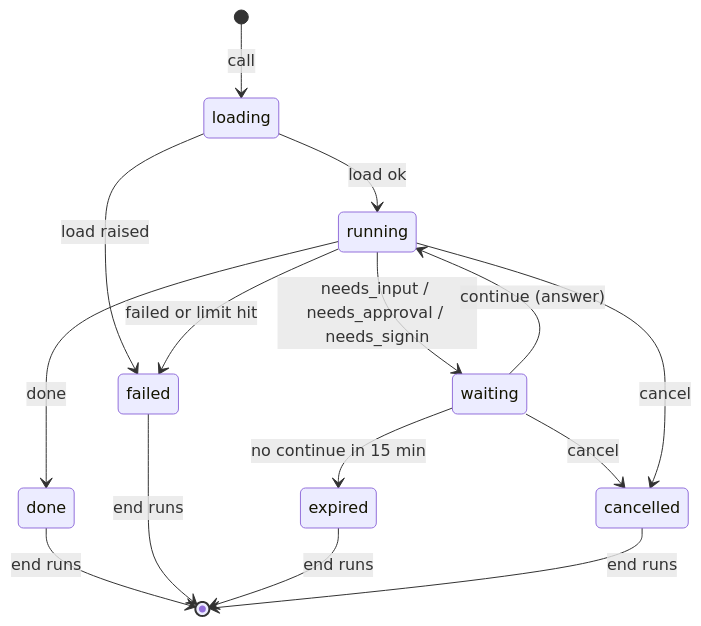
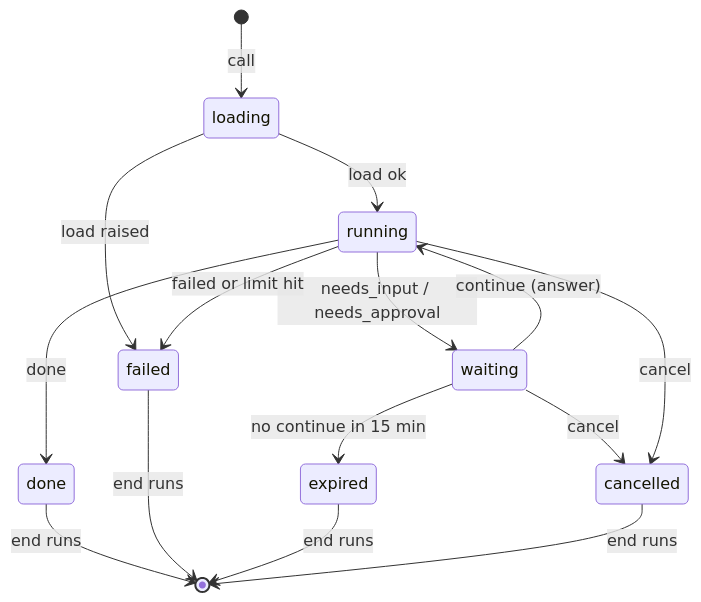
One commit to glyphh-ai/rrotor changed diagram 13 of 13 in docs/architecture.md. Above: the diagram before and after it, drawn with Mermaid. The commit also changed other lines of this file and 37 other files, not shown here.

````diff
--- a/docs/architecture.md
+++ b/docs/architecture.md
@@ -628,17 +606,17 @@
 ```mermaid
 stateDiagram-v2
     [*] --> loading: call
     loading --> running: load ok
     loading --> failed: load raised
-    running --> waiting: needs_input / needs_approval / needs_signin
+    running --> waiting: needs_input / needs_approval
     waiting --> running: continue (answer)
     waiting --> expired: no continue in 15 min
     waiting --> cancelled: cancel
     running --> cancelled: cancel
     running --> done: done
     running --> failed: failed or limit hit
     done --> [*]: end runs
     failed --> [*]: end runs
     expired --> [*]: end runs
     cancelled --> [*]: end runs
 ```
````
